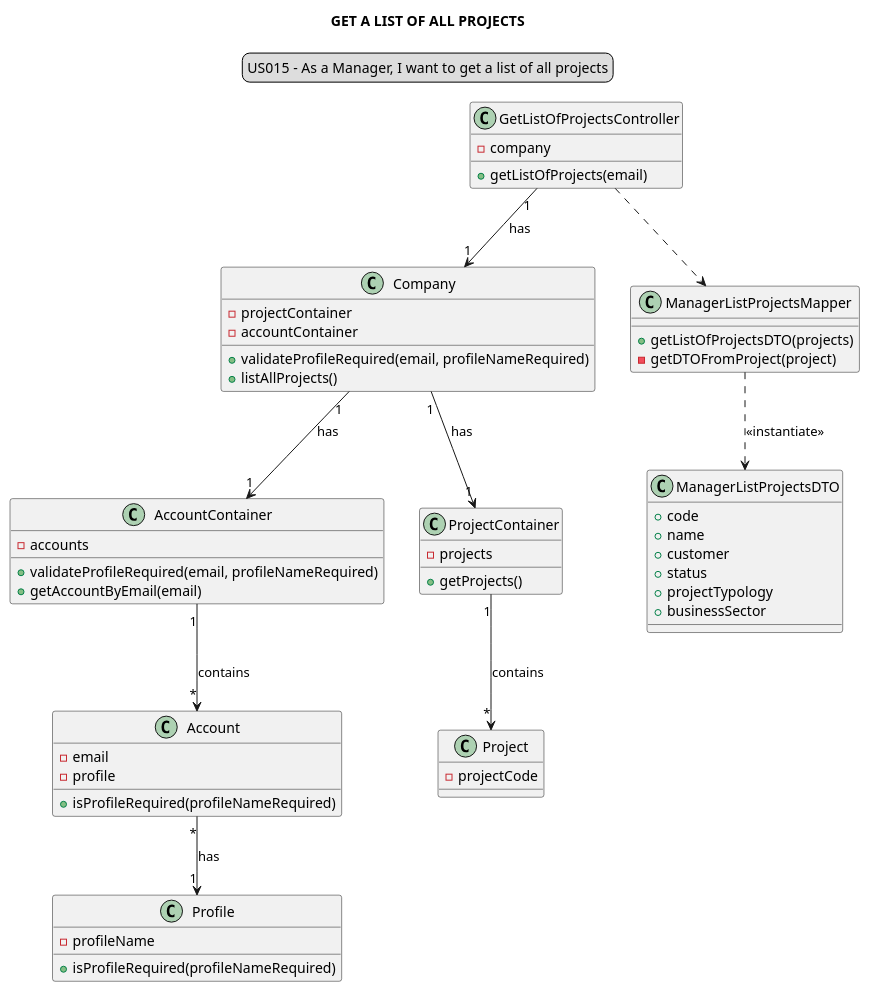
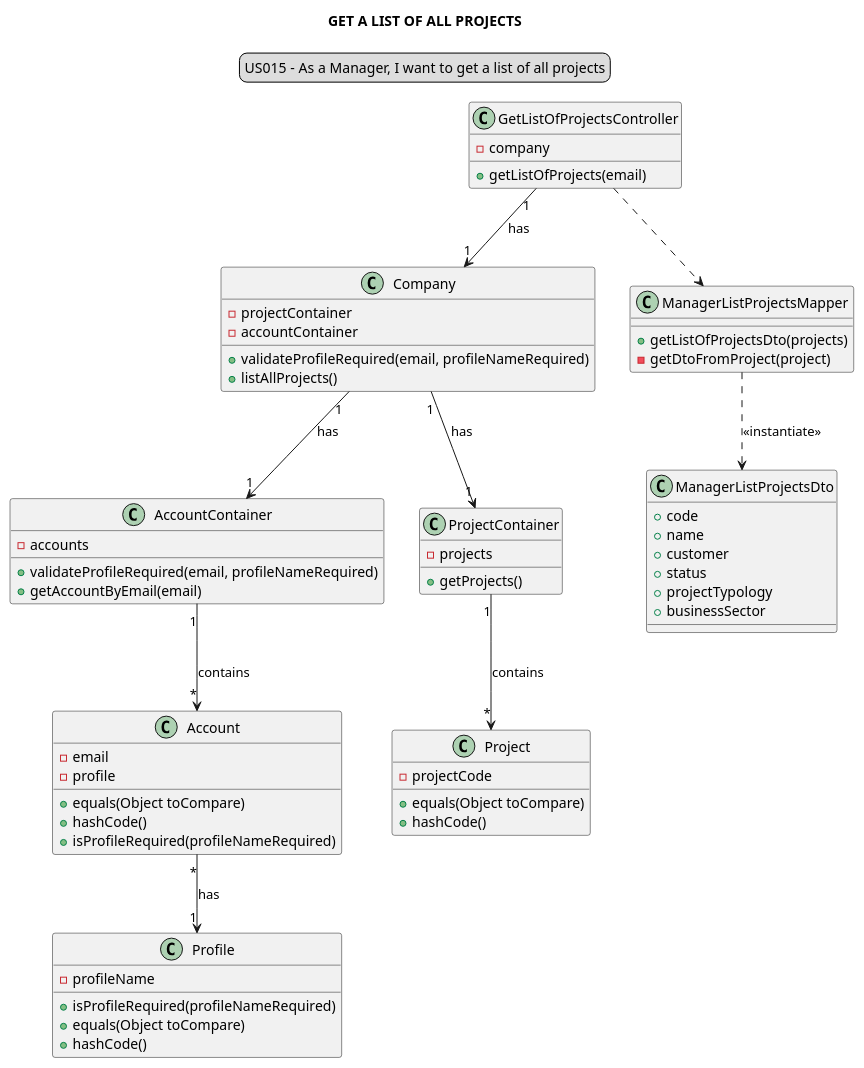
Before and after one commit to Loracline/project_switch_22-23: the diagram in docs/modelling_design/user_stories/sprint02/us015/US015_classDiagram.puml, drawn with PlantUML. The commit also changed 10 other files, not shown here.

Commit message:
No US number: Design: Refinement of class diagrams

```diff
--- a/docs/modelling_design/user_stories/sprint02/us015/US015_classDiagram.puml
+++ b/docs/modelling_design/user_stories/sprint02/us015/US015_classDiagram.puml
@@ -1,76 +1,77 @@
 @startuml
 
 
 title GET A LIST OF ALL PROJECTS
 skinparam sequenceMessageAlign center
 legend top
 US015 - As a Manager, I want to get a list of all projects
 end legend
 
 class "GetListOfProjectsController" {
 -company
 +getListOfProjects(email)
 }
 
 class "Company"{
 -projectContainer
 -accountContainer
 +validateProfileRequired(email, profileNameRequired)
 +listAllProjects()
 }
 
 class "AccountContainer"{
 -accounts
 +validateProfileRequired(email, profileNameRequired)
 +getAccountByEmail(email)
 }
 
 class "Account"{
 -email
 -profile
++equals(Object toCompare)
++hashCode()
 +isProfileRequired(profileNameRequired)
 }
 
 class Profile{
 -profileName
 +isProfileRequired(profileNameRequired)
++equals(Object toCompare)
++hashCode()
 }
 
 class "ProjectContainer"{
 -projects
 +getProjects()
 }
 
 class "Project"{
 -projectCode
++equals(Object toCompare)
++hashCode()
 }
 
 class "ManagerListProjectsMapper"{
-+getListOfProjectsDTO(projects)
--getDTOFromProject(project)
++getListOfProjectsDto(projects)
+-getDtoFromProject(project)
 }
 
-class "ManagerListProjectsDTO" {
+class "ManagerListProjectsDto" {
 +code
 +name
 +customer
 +status
 +projectTypology
 +businessSector
 }
 
 "GetListOfProjectsController" "1"-->"1" "Company": has
 "GetListOfProjectsController" ..> "ManagerListProjectsMapper"
 "Company" "1"-->"1" "ProjectContainer": has
 "Company" "1"-->"1" "AccountContainer": has
 "AccountContainer" "1"-->"*" Account: contains
 "ProjectContainer" "1"-->"*" Project: contains
 "Account" "*"-->"1" "Profile" : has
-"ManagerListProjectsMapper" ..> "ManagerListProjectsDTO": <<instantiate>>
+"ManagerListProjectsMapper" ..> "ManagerListProjectsDto": <<instantiate>>
 
-/'Usage relationship'/
-/'https://www.ibm.com/docs/en/rational-soft-arch/9.7.0?topic=diagrams-dependency-relationships'/
-
-/'Creation relationship'/
-/'https://www.ibm.com/docs/en/rational-soft-arch/9.7.0?topic=diagrams-instantiation-relationships'/
 @enduml
```
